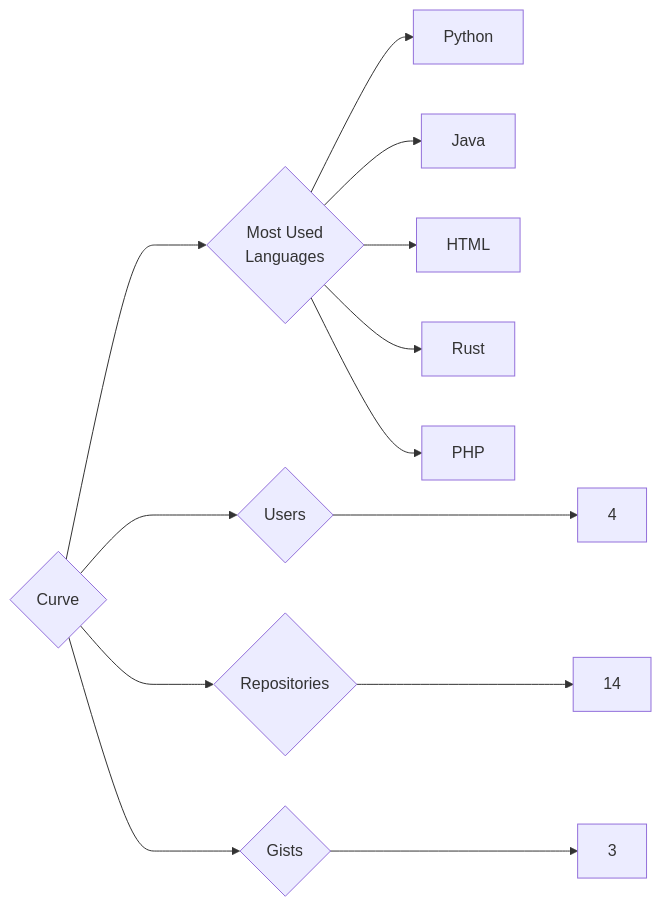
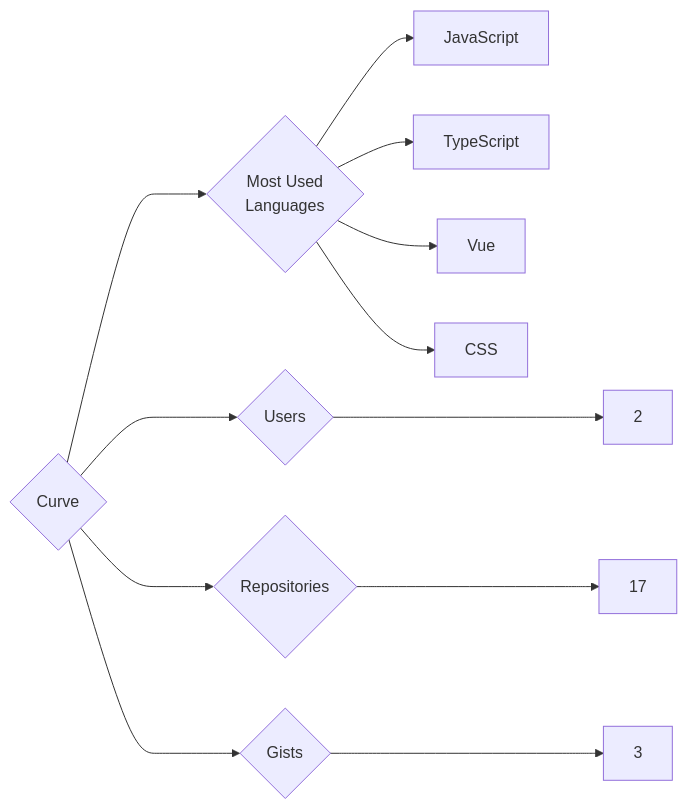
One commit to trickest/insiders changed the diagram in targets/Curve/README.md. Above: the diagram before and after it, drawn with Mermaid. The commit also changed 1166 other files, not shown here.

````diff
--- a/targets/Curve/README.md
+++ b/targets/Curve/README.md
@@ -3,13 +3,12 @@
 ```mermaid
 graph LR
 COMPANY_NAME{Curve}
-COMPANY_NAME ---> U{Users} ---> UN[4]
-COMPANY_NAME ---> R{Repositories} ---> RN[14]
+COMPANY_NAME ---> U{Users} ---> UN[2]
+COMPANY_NAME ---> R{Repositories} ---> RN[17]
 COMPANY_NAME ---> G{Gists} ---> GN[3]
 COMPANY_NAME ---> ML{Most Used<br>Languages}
-ML --> Python[Python]
-ML --> Java[Java]
-ML --> HTML[HTML]
-ML --> Rust[Rust]
-ML --> PHP[PHP]
+ML --> JavaScript[JavaScript]
+ML --> TypeScript[TypeScript]
+ML --> Vue[Vue]
+ML --> CSS[CSS]
 ```
````
